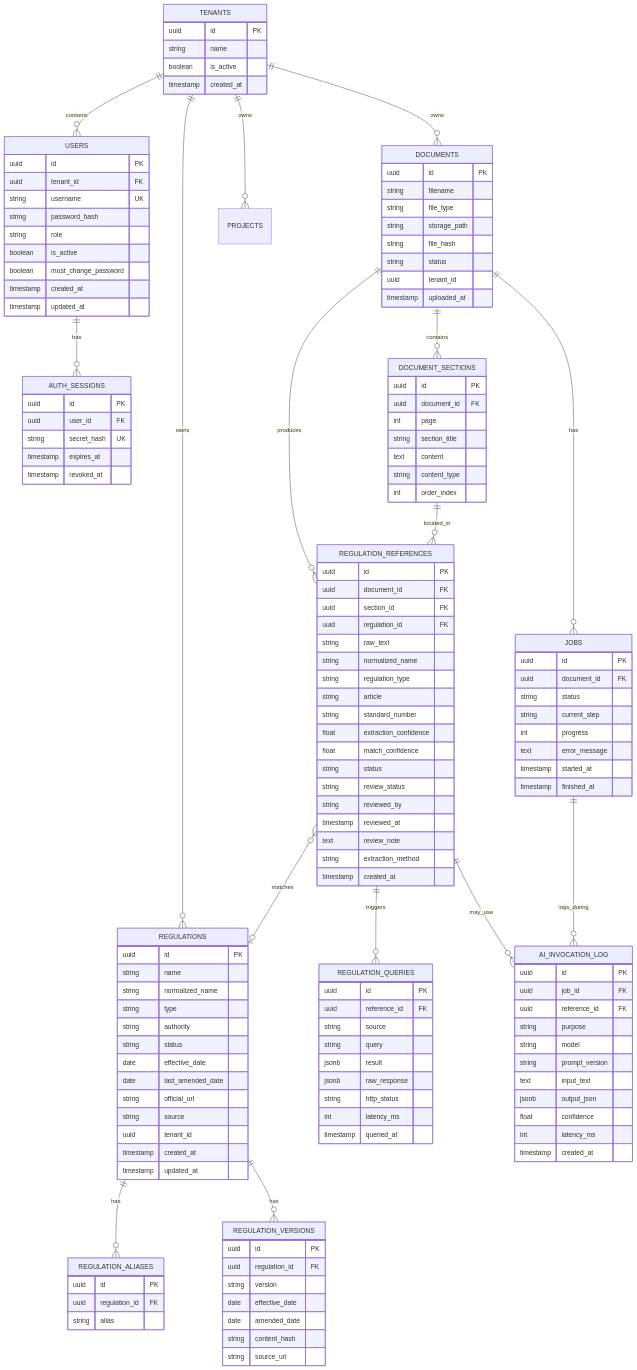
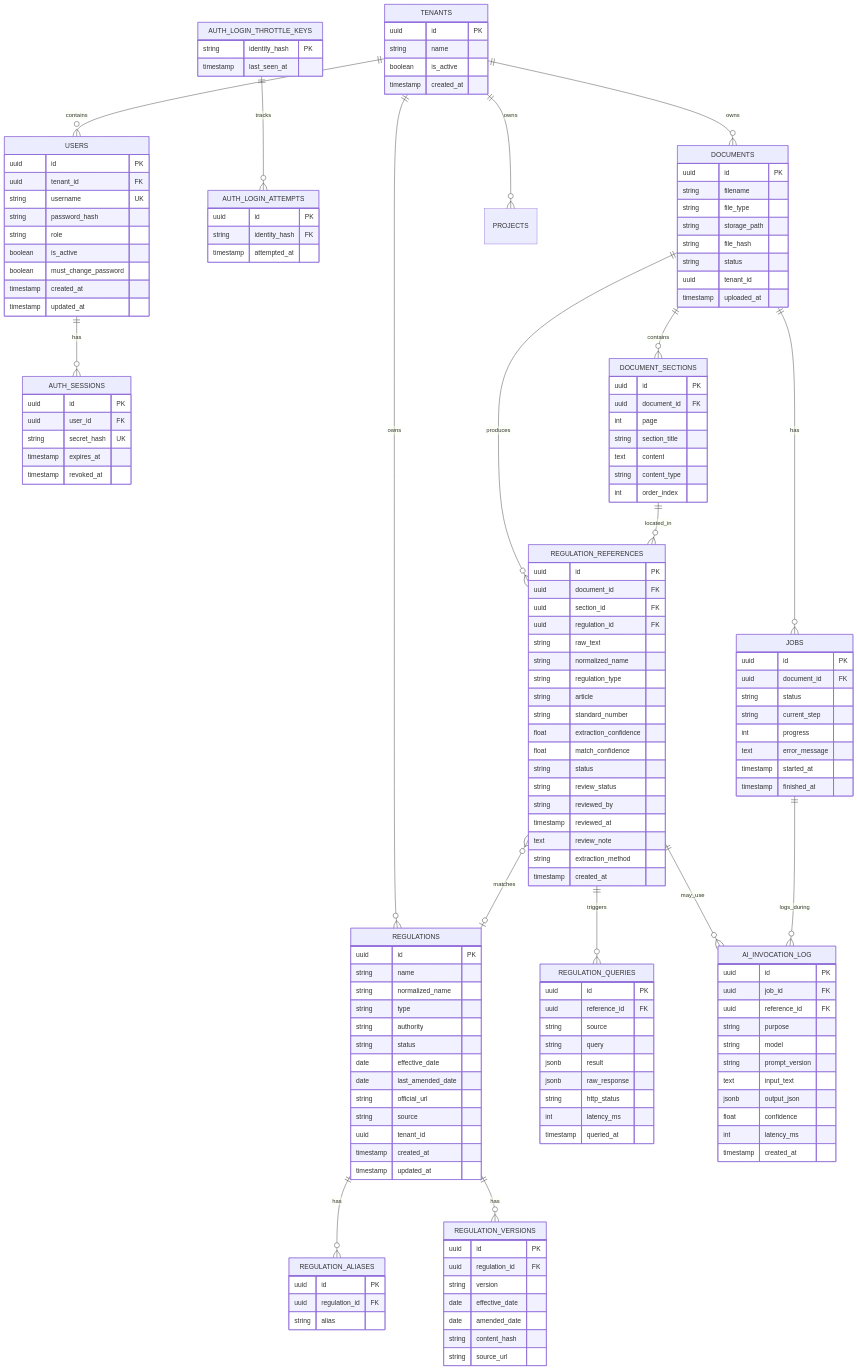
Before and after one commit to kayla162/Engineering-Quality: the diagram in docs/database.md, drawn with Mermaid. The commit also changed other lines of this file and 21 other files, not shown here.

Commit message:
feat: complete auth follow-ups and shared login throttling

```diff
--- a/docs/database.md
+++ b/docs/database.md
@@ -13,6 +13,7 @@
 erDiagram
     TENANTS ||--o{ USERS : contains
     USERS ||--o{ AUTH_SESSIONS : has
+    AUTH_LOGIN_THROTTLE_KEYS ||--o{ AUTH_LOGIN_ATTEMPTS : tracks
     TENANTS ||--o{ DOCUMENTS : owns
     TENANTS ||--o{ PROJECTS : owns
     TENANTS ||--o{ REGULATIONS : owns
@@ -50,6 +51,15 @@
         string secret_hash UK
         timestamp expires_at
         timestamp revoked_at
+    }
+    AUTH_LOGIN_THROTTLE_KEYS {
+        string identity_hash PK
+        timestamp last_seen_at
+    }
+    AUTH_LOGIN_ATTEMPTS {
+        uuid id PK
+        string identity_hash FK
+        timestamp attempted_at
     }
     DOCUMENTS {
         uuid id PK
```
